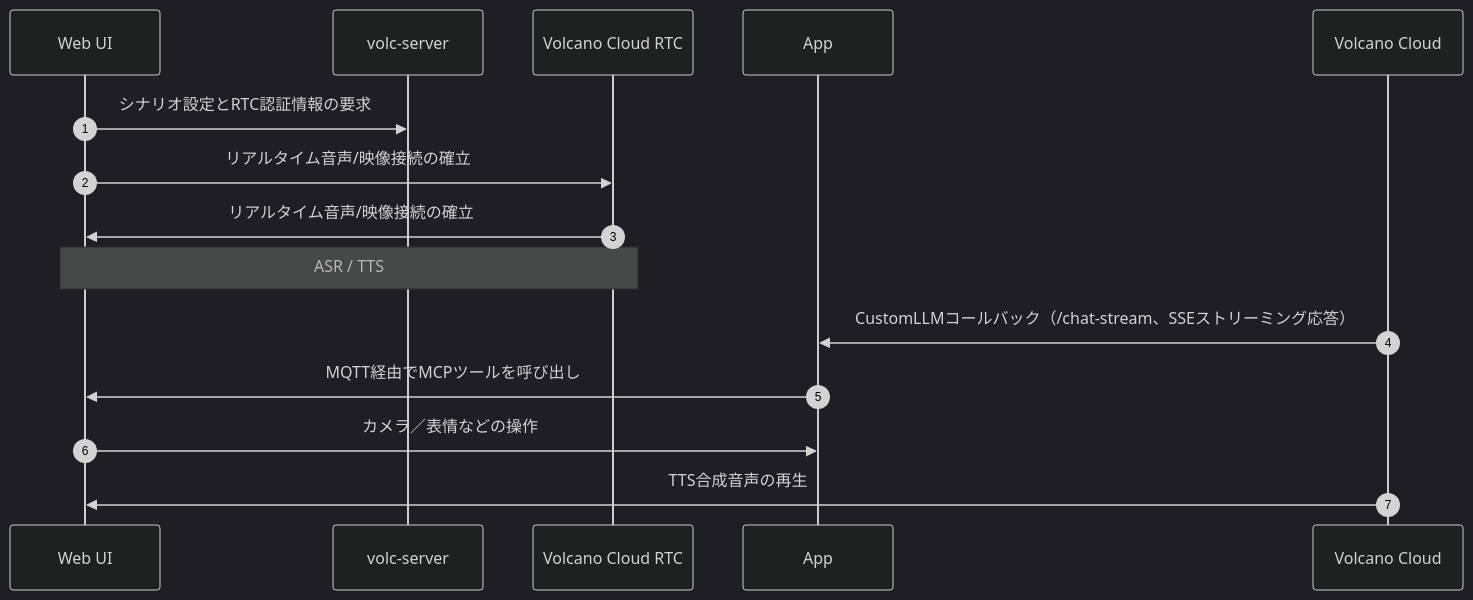
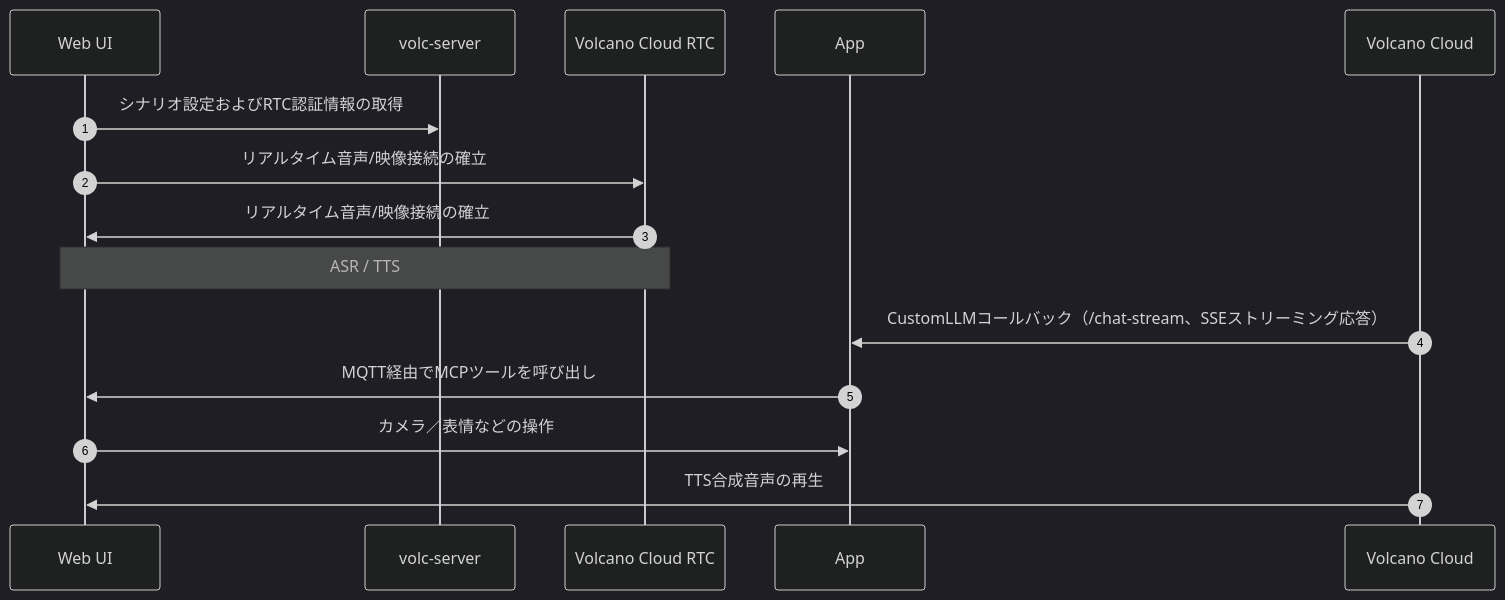
Before and after one commit to emqx/emqx-docs: the diagram in ja_JP/emqx-ai/rtc-services/volcengine-rtc/quick-start.md, drawn with Mermaid (dark theme). The commit also changed other lines of this file and 84 other files, not shown here.

````diff
--- a/ja_JP/emqx-ai/rtc-services/volcengine-rtc/quick-start.md
+++ b/ja_JP/emqx-ai/rtc-services/volcengine-rtc/quick-start.md
@@ -21,23 +21,22 @@
 ```mermaid
 sequenceDiagram
     autonumber
     participant WebUI as Web UI
     participant Volc as volc-server
     participant RTC as Volcano Cloud RTC
     participant App as App
     participant Cloud as Volcano Cloud
 
-    WebUI ->> Volc: シナリオ設定とRTC認証情報の要求
+    WebUI ->> Volc: シナリオ設定およびRTC認証情報の取得
 
     WebUI ->> RTC: リアルタイム音声/映像接続の確立
     RTC ->> WebUI: リアルタイム音声/映像接続の確立
     note over WebUI, RTC: ASR / TTS
 
     Cloud ->> App: CustomLLMコールバック（/chat-stream、SSEストリーミング応答）
 
     App ->> WebUI: MQTT経由でMCPツールを呼び出し
     WebUI ->> App: カメラ／表情などの操作
 
     Cloud ->> WebUI: TTS合成音声の再生
-
 ```
````
